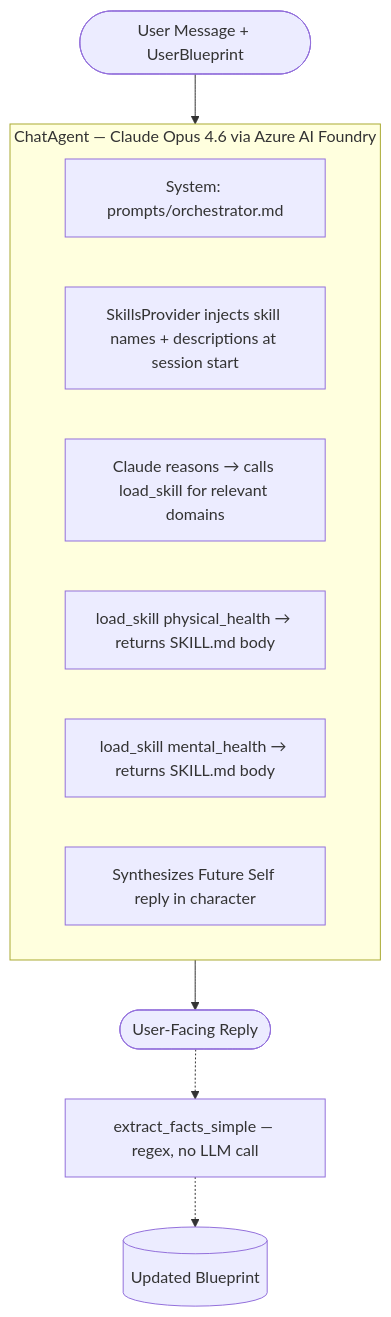
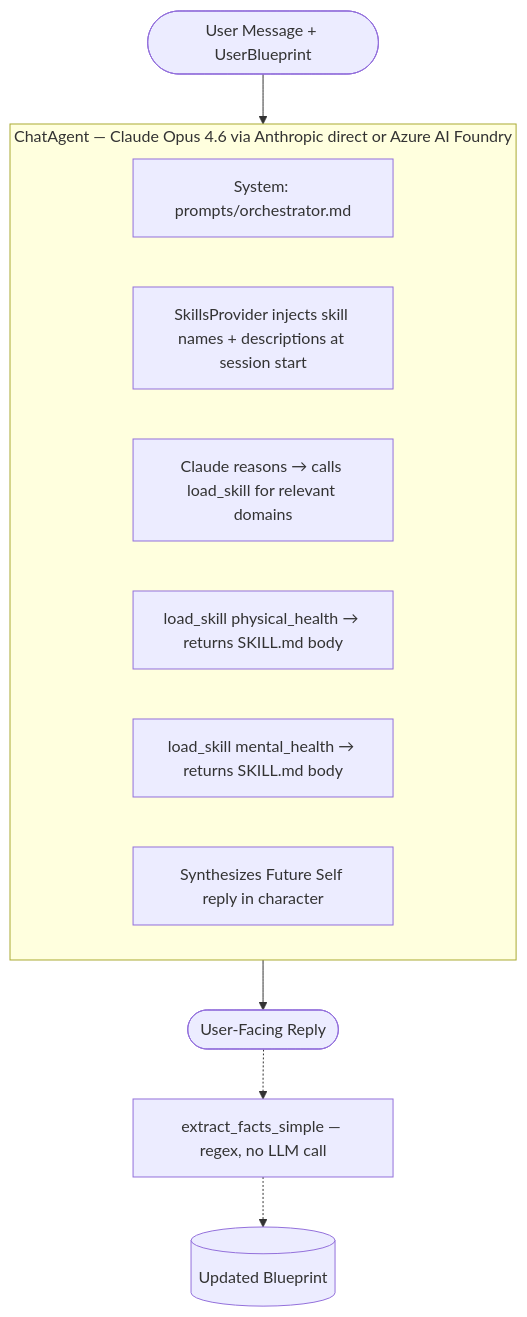
One commit to scopeta/futureself changed the diagram in futureself-spec.md. Above: the diagram before and after it, drawn with Mermaid. The commit also changed other lines of this file and 1 other file, not shown here.

````diff
--- a/futureself-spec.md
+++ b/futureself-spec.md
@@ -29,17 +29,17 @@
 ```mermaid
 flowchart TD
     User([User Message + UserBlueprint]) --> Agent
 
-    subgraph Agent [ChatAgent — Claude Opus 4.6 via Azure AI Foundry]
+    subgraph Agent [ChatAgent — Claude Opus 4.6 via Anthropic direct or Azure AI Foundry]
         System[System: prompts/orchestrator.md]
         Skills[SkillsProvider injects skill names + descriptions at session start]
         Reason[Claude reasons → calls load_skill for relevant domains]
         Skill1[load_skill physical_health → returns SKILL.md body]
         Skill2[load_skill mental_health → returns SKILL.md body]
         Synthesize[Synthesizes Future Self reply in character]
     end
 
     Agent --> Reply([User-Facing Reply])
     Reply -.-> Facts[extract_facts_simple — regex, no LLM call]
     Facts -.-> Blueprint[(Updated Blueprint)]
 ```
````
